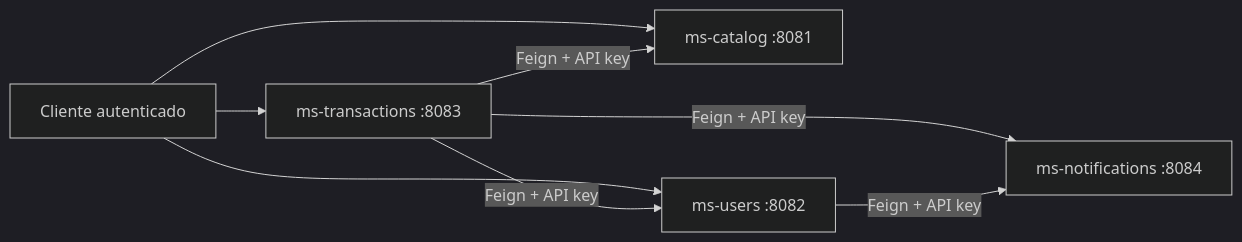
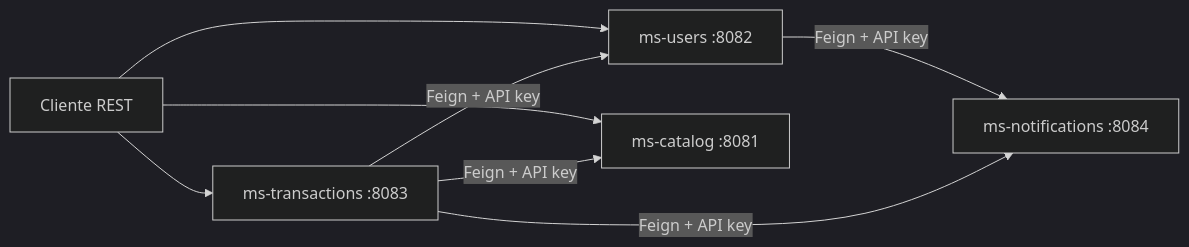
One commit to Sebastianidm/blockbuster-microservices changed the diagram in README.md. Above: the diagram before and after it, drawn with Mermaid (dark theme). The commit also changed other lines of this file and 5 other files, not shown here.

````diff
--- a/README.md
+++ b/README.md
@@ -16,11 +30,11 @@
 ```mermaid
 flowchart LR
-    U["Cliente autenticado"] --> T["ms-transactions :8083"]
-    U --> C["ms-catalog :8081"]
-    U --> S["ms-users :8082"]
+    Client["Cliente REST"] --> Users["ms-users :8082"]
+    Client --> Catalog["ms-catalog :8081"]
+    Client --> Transactions["ms-transactions :8083"]
 
-    T -->|Feign + API key| S
-    T -->|Feign + API key| C
-    T -->|Feign + API key| N["ms-notifications :8084"]
-    S -->|Feign + API key| N
+    Users -->|Feign + API key| Notifications["ms-notifications :8084"]
+    Transactions -->|Feign + API key| Users
+    Transactions -->|Feign + API key| Catalog
+    Transactions -->|Feign + API key| Notifications
 ```
````
